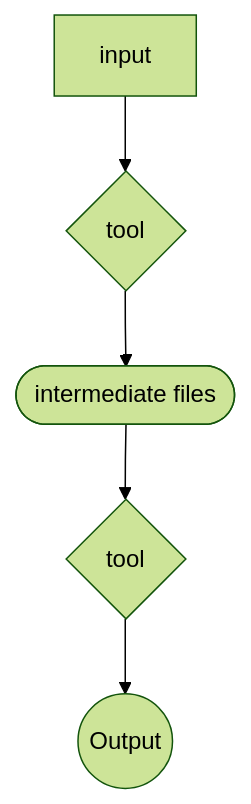
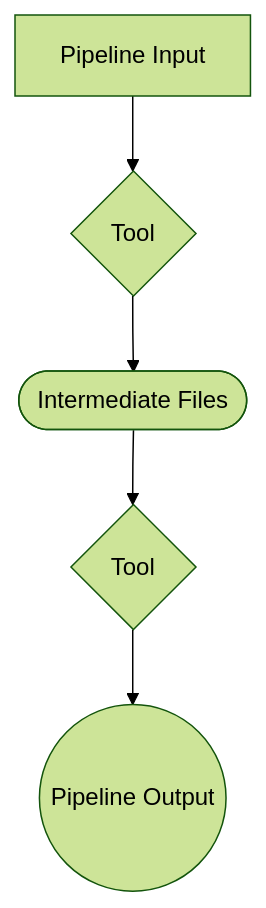
The diagram in README_Template.md (AAFC-Bioinfo-AAC/quick-start-guide), drawn with Mermaid (forest theme) before and after one commit. The commit also changed 1 other file, not shown here.

Commit message:
Naming consistency updates

````diff
--- a/README_Template.md
+++ b/README_Template.md
@@ -8,4 +8,4 @@
 ```mermaid
     flowchart TD
-        A[input]-->B{tool}-->C([intermediate files])-->D{tool}-->E((Output))
+        A[Pipeline Input]-->B{Tool}-->C([Intermediate Files])-->D{Tool}-->E((Pipeline Output))
 ```
````
